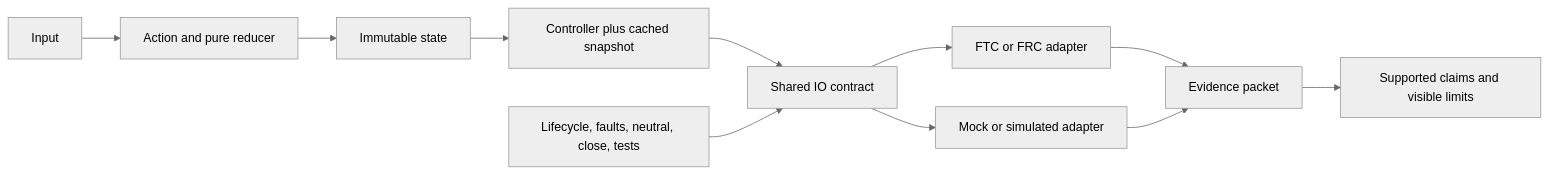
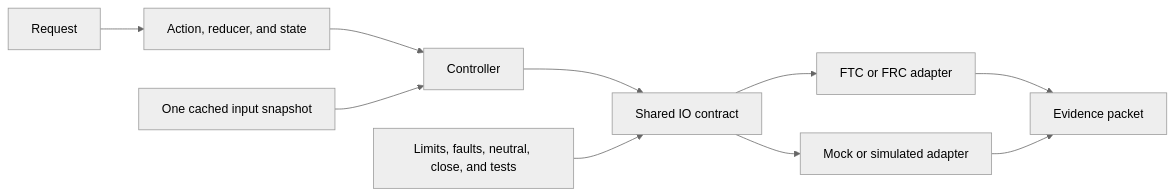
One commit to ARES-23247/ARESWEB changed the diagram in content/learning/robotics-capstones/02-complete-subsystem.md. Above: the diagram before and after it, drawn with Mermaid (neutral theme). The commit also changed other lines of this file and 4 other files, not shown here.

````diff
--- a/content/learning/robotics-capstones/02-complete-subsystem.md
+++ b/content/learning/robotics-capstones/02-complete-subsystem.md
@@ -42,14 +31,13 @@
 ```mermaid
-%% aria: Input becomes state. A controller uses one cached snapshot. One IO contract supports platform and simulated adapters. Tests and limits enter the evidence packet.
+%% aria: A request becomes immutable state. A controller combines state with one cached input snapshot. One IO contract connects platform and simulated adapters. Tests and limits support an evidence packet.
 flowchart LR
-  I["Input"] --> A["Action and pure reducer"]
-  A --> S["Immutable state"]
-  S --> C["Controller plus cached snapshot"]
+  R["Request"] --> S["Action, reducer, and state"]
+  S --> C["Controller"]
+  I["One cached input snapshot"] --> C
   C --> IO["Shared IO contract"]
   IO --> H["FTC or FRC adapter"]
   IO --> M["Mock or simulated adapter"]
   H --> E["Evidence packet"]
   M --> E
-  T["Lifecycle, faults, neutral, close, tests"] --> IO
-  E --> L["Supported claims and visible limits"]
+  T["Limits, faults, neutral, close, and tests"] --> IO
 ```
````
